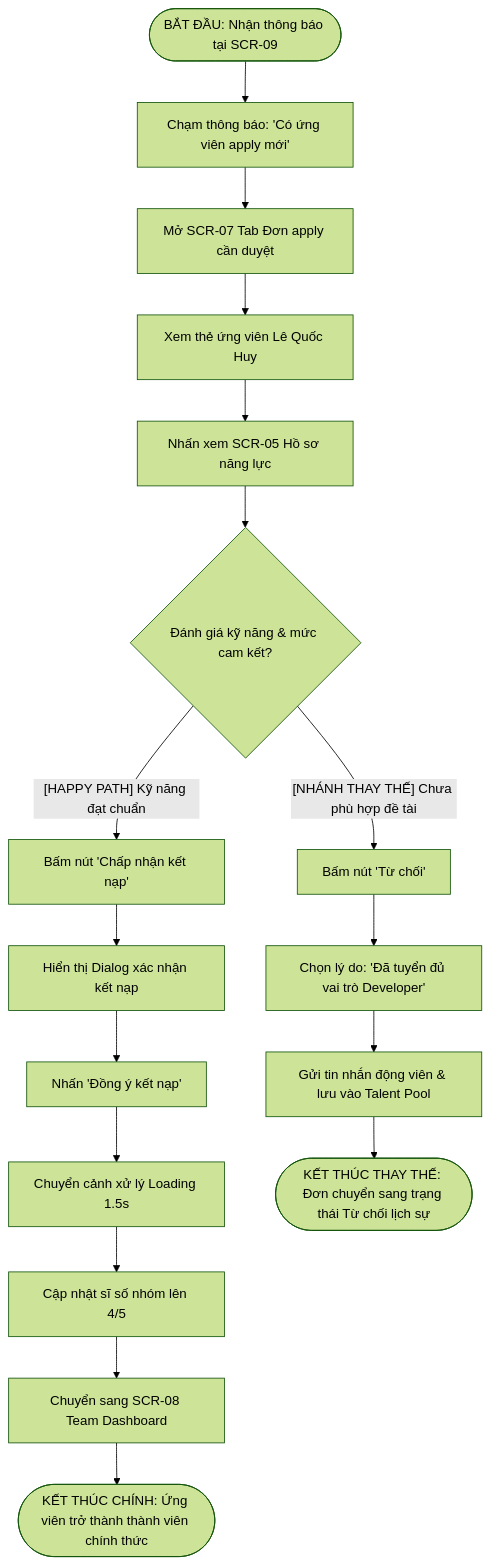
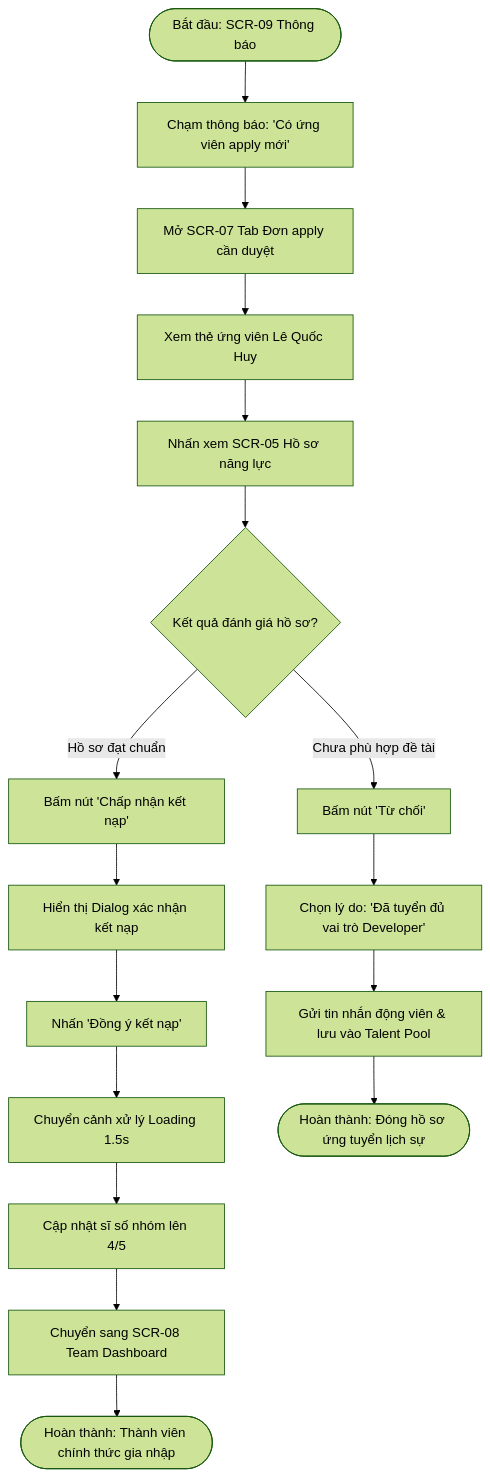
One commit to LuTu-2004/prm323-lab2-group4 changed the second of 3 diagrams in ux/user-flow.md. Above: the diagram before and after it, drawn with Mermaid (forest theme). The commit also changed other lines of this file and 1 other file, not shown here.

Commit message:
refactor: use professional flowchart terminology for all 3 user flows

````diff
--- a/ux/user-flow.md
+++ b/ux/user-flow.md
@@ -79,23 +79,23 @@
 ```mermaid
 flowchart TD
-    Start([BẮT ĐẦU: Nhận thông báo tại SCR-09]) --> ClickNotif[Chạm thông báo: 'Có ứng viên apply mới']
+    Start([Bắt đầu: SCR-09 Thông báo]) --> ClickNotif[Chạm thông báo: 'Có ứng viên apply mới']
     ClickNotif --> OpenManage[Mở SCR-07 Tab Đơn apply cần duyệt]
     OpenManage --> ViewApplicant[Xem thẻ ứng viên Lê Quốc Huy]
     ViewApplicant --> OpenProfile[Nhấn xem SCR-05 Hồ sơ năng lực]
-    OpenProfile --> Evaluate{Đánh giá kỹ năng & mức cam kết?}
+    OpenProfile --> Evaluate{Kết quả đánh giá hồ sơ?}
 
-    %% Nhánh thành công (Happy Path)
-    Evaluate -- [HAPPY PATH] Kỹ năng đạt chuẩn --> ClickAccept[Bấm nút 'Chấp nhận kết nạp']
+    %% Hướng phê duyệt kết nạp
+    Evaluate -- Hồ sơ đạt chuẩn --> ClickAccept[Bấm nút 'Chấp nhận kết nạp']
     ClickAccept --> ShowConfirmDialog[Hiển thị Dialog xác nhận kết nạp]
     ShowConfirmDialog --> Confirm[Nhấn 'Đồng ý kết nạp']
     Confirm --> LoadingState[Chuyển cảnh xử lý Loading 1.5s]
     LoadingState --> UpdateTeam[Cập nhật sĩ số nhóm lên 4/5]
     UpdateTeam --> NavDashboard[Chuyển sang SCR-08 Team Dashboard]
-    NavDashboard --> EndHappy2([KẾT THÚC CHÍNH: Ứng viên trở thành thành viên chính thức])
+    NavDashboard --> EndHappy2([Hoàn thành: Thành viên chính thức gia nhập])
 
-    %% Nhánh thay thế (Alternative Path)
-    Evaluate -- [NHÁNH THAY THẾ] Chưa phù hợp đề tài --> ClickReject[Bấm nút 'Từ chối']
+    %% Hướng từ chối & lưu dự phòng
+    Evaluate -- Chưa phù hợp đề tài --> ClickReject[Bấm nút 'Từ chối']
     ClickReject --> PromptReason[Chọn lý do: 'Đã tuyển đủ vai trò Developer']
     PromptReason --> SendEncourage[Gửi tin nhắn động viên & lưu vào Talent Pool]
-    SendEncourage --> EndAlt2([KẾT THÚC THAY THẾ: Đơn chuyển sang trạng thái Từ chối lịch sự])
+    SendEncourage --> EndAlt2([Hoàn thành: Đóng hồ sơ ứng tuyển lịch sự])
 ```
````
